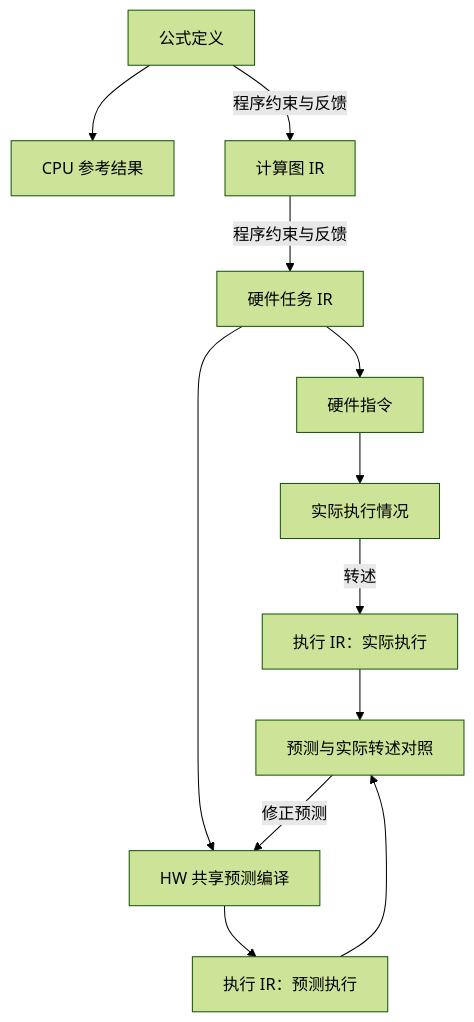
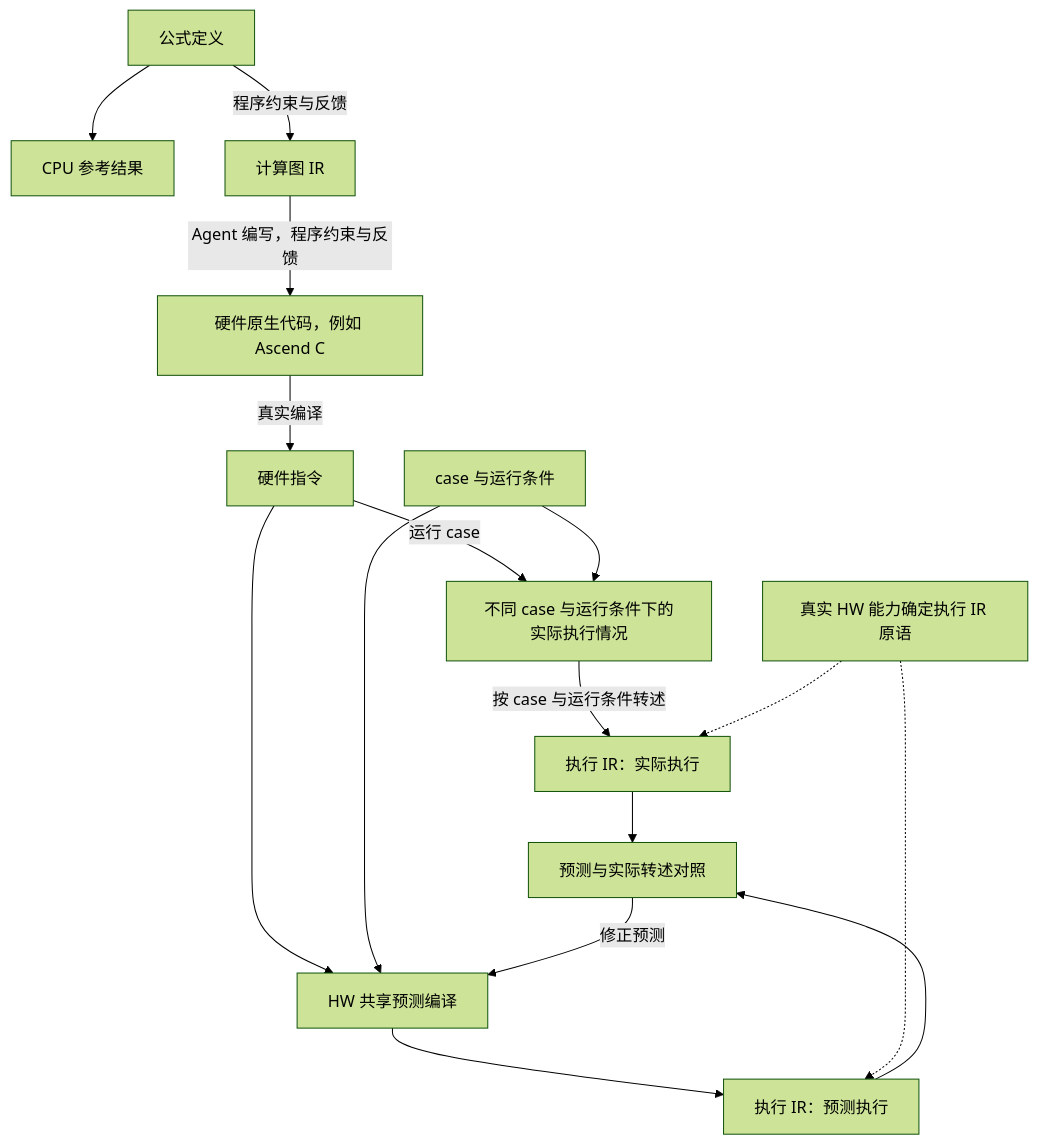
The second of 2 diagrams in docs/plans/2026-09-25-pluggable-kernel-design-step.md (KDZZZZZZ/meteor), drawn with Mermaid (forest theme) before and after one commit. The commit also changed other lines of this file and 4 other files, not shown here.

````diff
--- a/docs/plans/2026-09-25-pluggable-kernel-design-step.md
+++ b/docs/plans/2026-09-25-pluggable-kernel-design-step.md
@@ -144,14 +145,18 @@
 ```mermaid
 flowchart TD
     F[公式定义] --> C[CPU 参考结果]
     F -->|程序约束与反馈| G[计算图 IR]
-    G -->|程序约束与反馈| T[硬件任务 IR]
-    T --> I[硬件指令]
-    I --> R[实际执行情况]
-    R -->|转述| O[执行 IR：实际执行]
-    T --> P[HW 共享预测编译]
+    G -->|Agent 编写，程序约束与反馈| SRC[硬件原生代码，例如 Ascend C]
+    SRC -->|真实编译| I[硬件指令]
+    I -->|运行 case| R[不同 case 与运行条件下的实际执行情况]
+    Q[case 与运行条件] --> R
+    R -->|按 case 与运行条件转述| O[执行 IR：实际执行]
+    I --> P[HW 共享预测编译]
+    Q --> P
     P --> E[执行 IR：预测执行]
+    HW[真实 HW 能力确定执行 IR 原语] -.-> O
+    HW -.-> E
     O --> X[预测与实际转述对照]
     E --> X
     X -->|修正预测| P
 ```
````
